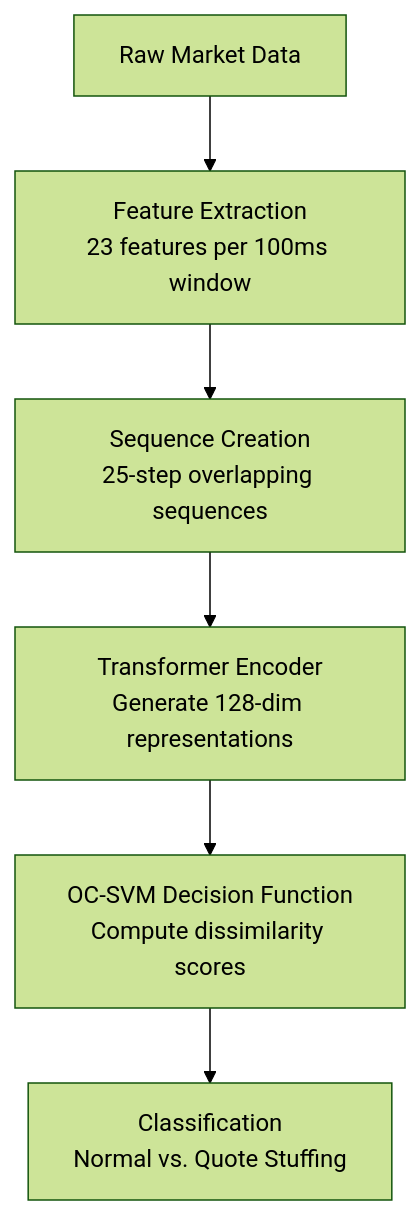
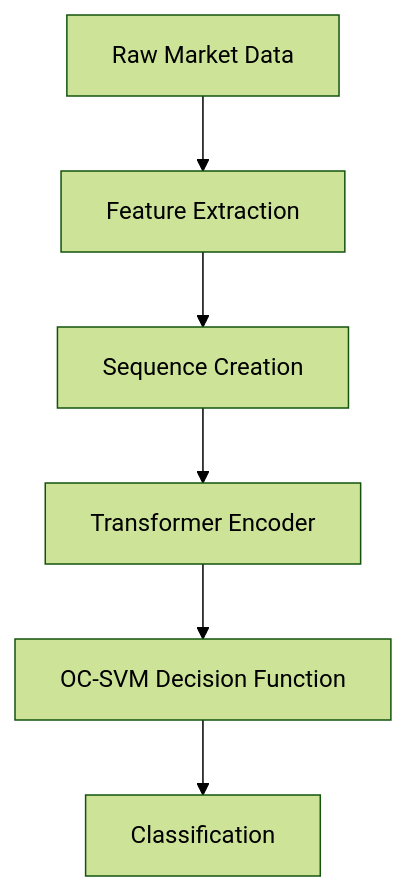
Before and after one commit to wu-msds-capstones/money_talks: the diagram in _03_methods.qmd, drawn with Mermaid (forest theme). The commit also changed other lines of this file and 23 other files, not shown here.

````diff
--- a/_03_methods.qmd
+++ b/_03_methods.qmd
@@ -108,8 +92,8 @@
 ```{mermaid}
 flowchart TD
-    A[Raw Market Data] --> B[Feature Extraction<br/>23 features per 100ms window]
-    B --> C[Sequence Creation<br/>25-step overlapping sequences]
-    C --> D[Transformer Encoder<br/>Generate 128-dim representations]
-    D --> E[OC-SVM Decision Function<br/>Compute dissimilarity scores]
-    E --> F[Classification<br/>Normal vs. Quote Stuffing]
+    A[Raw Market Data] --> B[Feature Extraction]
+    B --> C[Sequence Creation]
+    C --> D[Transformer Encoder]
+    D --> E[OC-SVM Decision Function]
+    E --> F[Classification]
 ```
````
